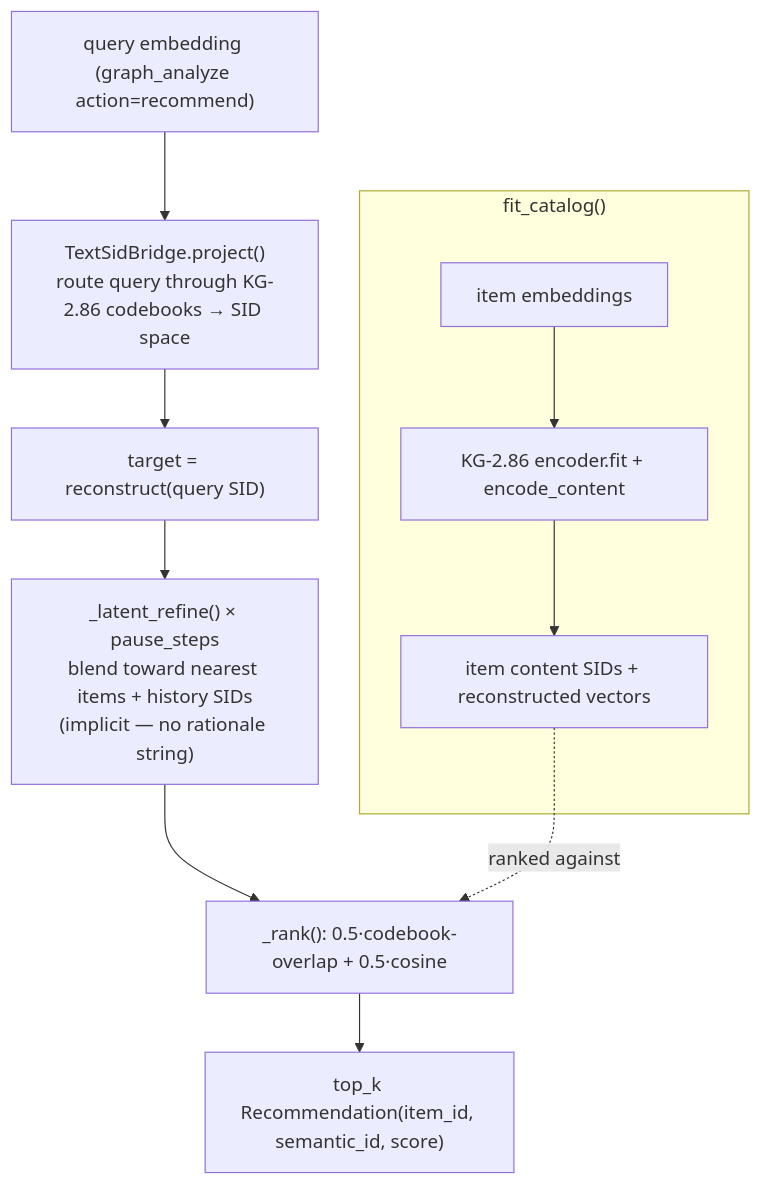
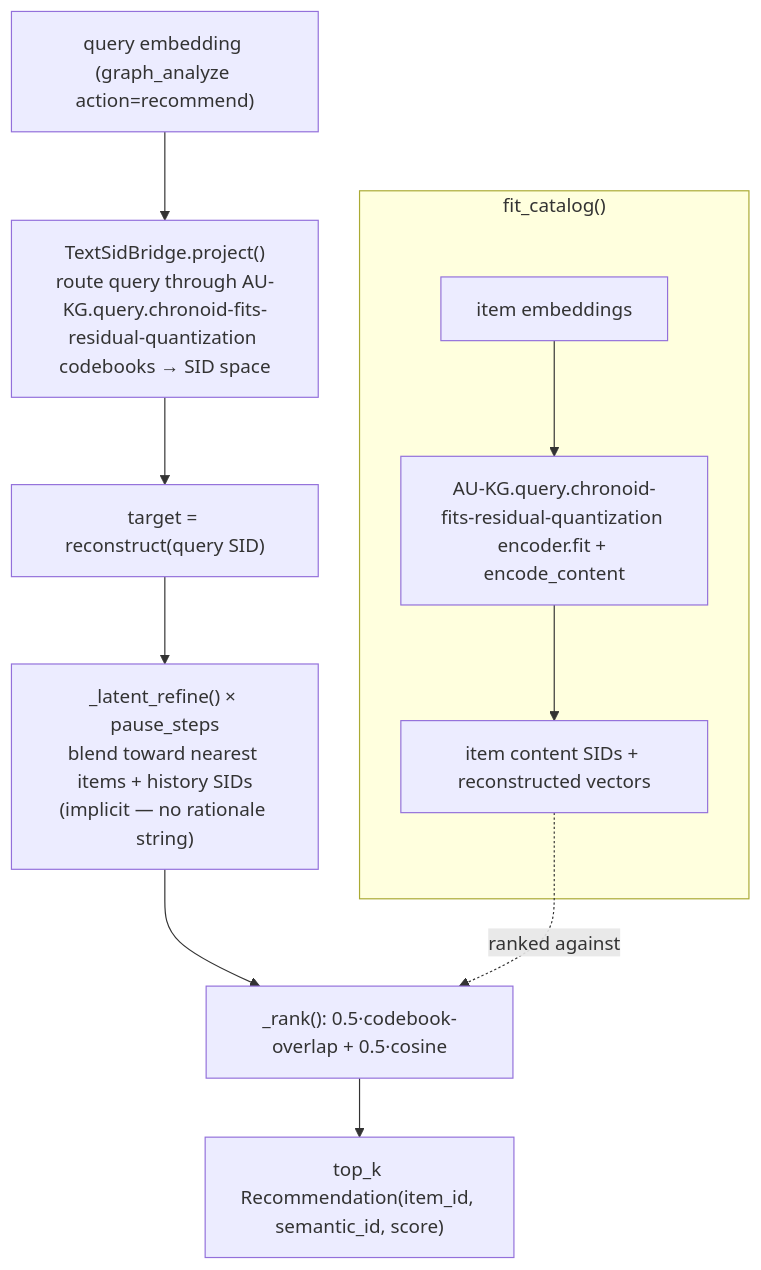
Before and after one commit to Knuckles-Team/agent-utilities: the seventh of 8 diagrams in docs/architecture/multi_source_assimilation.md, drawn with Mermaid. The commit also changed other lines of this file and 2324 other files, not shown here.

````diff
--- a/docs/architecture/multi_source_assimilation.md
+++ b/docs/architecture/multi_source_assimilation.md
@@ -334,14 +334,14 @@
 ```mermaid
 flowchart TD
-    QE["query embedding (graph_analyze action=recommend)"] --> BR["TextSidBridge.project()<br/>route query through KG-2.86 codebooks → SID space"]
+    QE["query embedding (graph_analyze action=recommend)"] --> BR["TextSidBridge.project()<br/>route query through AU-KG.query.chronoid-fits-residual-quantization codebooks → SID space"]
     BR --> TGT["target = reconstruct(query SID)"]
     TGT --> REF["_latent_refine() × pause_steps<br/>blend toward nearest items + history SIDs<br/>(implicit — no rationale string)"]
     REF --> RANK["_rank(): 0.5·codebook-overlap + 0.5·cosine"]
     RANK --> TOPK["top_k Recommendation(item_id, semantic_id, score)"]
 
     subgraph CAT["fit_catalog()"]
-        ITEMS["item embeddings"] --> ENC["KG-2.86 encoder.fit + encode_content"]
+        ITEMS["item embeddings"] --> ENC["AU-KG.query.chronoid-fits-residual-quantization encoder.fit + encode_content"]
         ENC --> IDX["item content SIDs + reconstructed vectors"]
     end
     IDX -.->|"ranked against"| RANK
 ```
````
